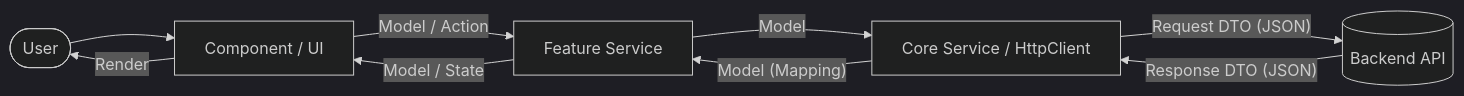
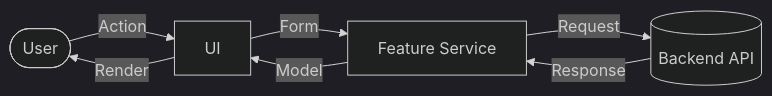
The second of 2 diagrams in frontend/README.md (seka/reci-pin), drawn with Mermaid (dark theme) before and after one commit.

Commit message:
docs: finalize frontend data flow diagram with simplified flow

````diff
--- a/frontend/README.md
+++ b/frontend/README.md
@@ -51,12 +51,10 @@
 ```mermaid
 graph LR
-    User([User]) --> UI[Component / UI]
-    UI -- "Model / Action" --> S[Feature Service]
-    S -- "Model" --> C[Core Service / HttpClient]
-    C -- "Request DTO (JSON)" --> API[(Backend API)]
+    User([User]) -- Action --> UI[UI]
+    UI -- "Form" --> Service[Feature Service]
+    Service -- "Request" --> API[(Backend API)]
 
-    API -- "Response DTO (JSON)" --> C
-    C -- "Model (Mapping)" --> S
-    S -- "Model / State" --> UI
+    API -- "Response" --> Service
+    Service -- "Model" --> UI
     UI -- "Render" --> User([User])
 ```
````
